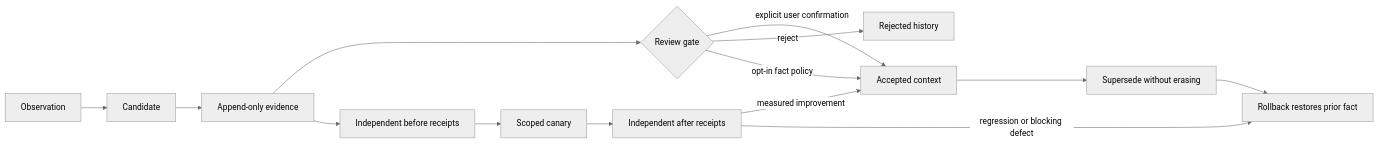
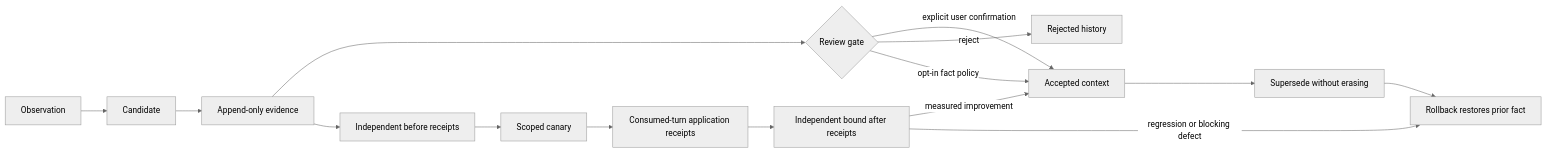
Before and after one commit to Maykbiletti/AgentSpine: the diagram in docs/learning.md, drawn with Mermaid (neutral theme). The commit also changed other lines of this file and 22 other files, not shown here.

````diff
--- a/docs/learning.md
+++ b/docs/learning.md
@@ -5,16 +5,17 @@
 ```mermaid
 flowchart LR
     O["Observation"] --> C["Candidate"]
     C --> E["Append-only evidence"]
     E --> R{"Review gate"}
     R -->|"explicit user confirmation"| A["Accepted context"]
     R -->|"reject"| X["Rejected history"]
     R -->|"opt-in fact policy"| A
     E --> M["Independent before receipts"]
     M --> K["Scoped canary"]
-    K --> N["Independent after receipts"]
+    K --> P["Consumed-turn application receipts"]
+    P --> N["Independent bound after receipts"]
     N -->|"measured improvement"| A
     N -->|"regression or blocking defect"| B["Automatic rollback"]
     A --> S["Supersede without erasing"]
     S --> B["Rollback restores prior fact"]
 ```
````
